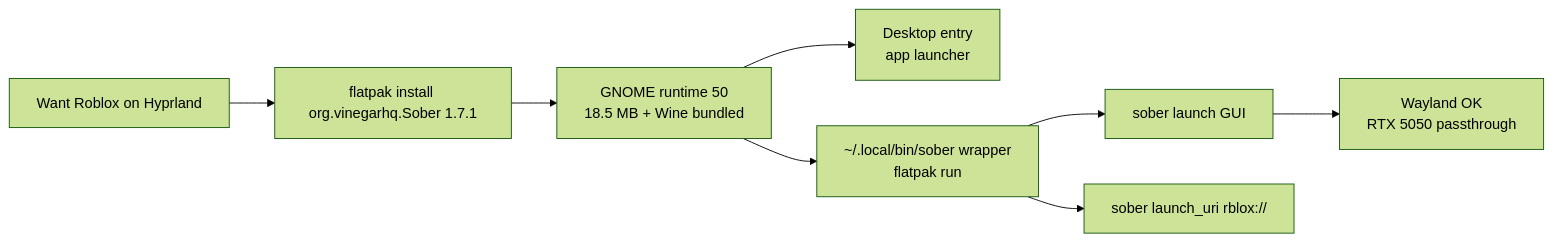
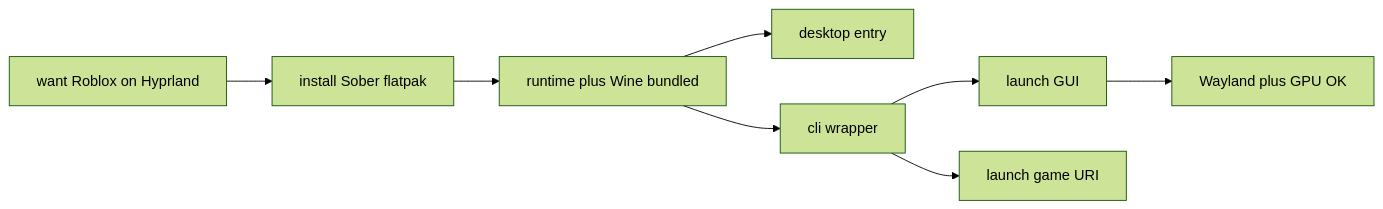
Diagram 12 of 32 in Graph-Web-Atlas.md (444Nazky/My-Vault), drawn with Mermaid (forest theme) before and after one commit. The commit also changed other lines of this file and 8 other files, not shown here.

````diff
--- a/Graph-Web-Atlas.md
+++ b/Graph-Web-Atlas.md
@@ -199,10 +234,10 @@
 ```mermaid
 flowchart LR
-    A[Want Roblox on Hyprland] --> B[flatpak install org.vinegarhq.Sober 1.7.1]
-    B --> C[GNOME runtime 50<br/>18.5 MB + Wine bundled]
-    C --> D[Desktop entry<br/>app launcher]
-    C --> E["~/.local/bin/sober wrapper<br/>flatpak run"]
-    E --> F[sober launch GUI]
-    E --> G[sober launch_uri rblox://]
-    F --> H[Wayland OK<br/>RTX 5050 passthrough]
+    A["want Roblox on Hyprland"] --> B["install Sober flatpak"]
+    B --> C["runtime plus Wine bundled"]
+    C --> D["desktop entry"]
+    C --> E["cli wrapper"]
+    E --> F["launch GUI"]
+    E --> G["launch game URI"]
+    F --> H["Wayland plus GPU OK"]
 ```
````
